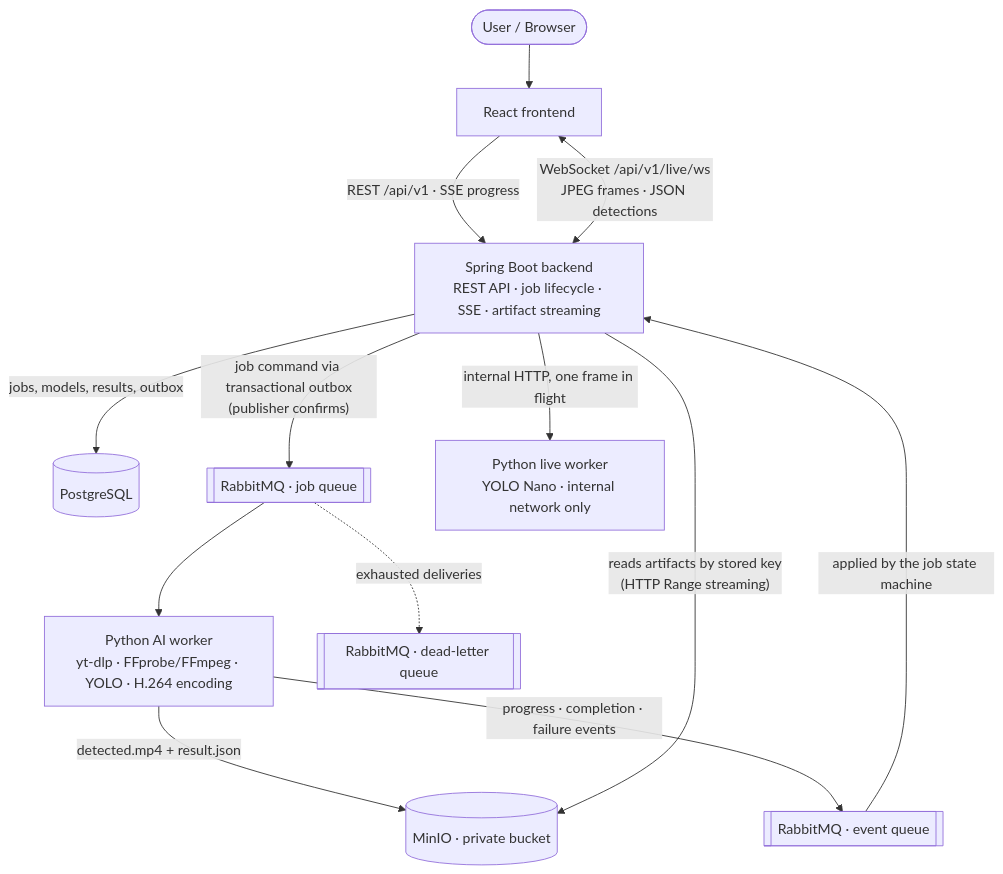
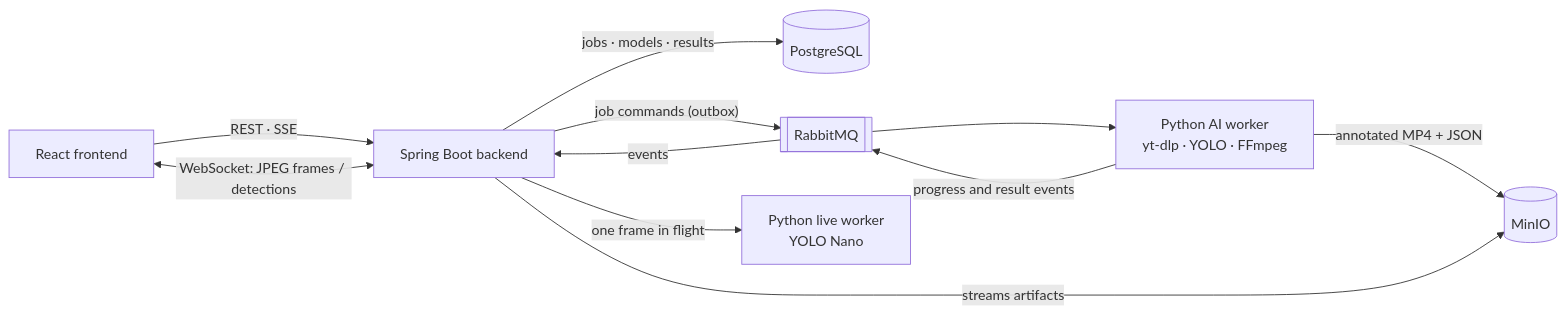
The diagram in README.md (huangdat/YOLO-Vision-Studio---AI-Video-Object-Detection-Platform), drawn with Mermaid before and after one commit. The commit also changed other lines of this file and 3 other files, not shown here.

````diff
--- a/README.md
+++ b/README.md
@@ -41,15 +28,13 @@
 ```mermaid
-flowchart TB
-    User([User / Browser]) --> UI[React frontend]
-    UI -->|"REST /api/v1 · SSE progress"| API[Spring Boot backend<br/>REST API · job lifecycle · SSE · artifact streaming]
-    API -->|"jobs, models, results, outbox"| DB[(PostgreSQL)]
-    API -->|"job command via transactional outbox<br/>(publisher confirms)"| JobQ[[RabbitMQ · job queue]]
-    JobQ --> Worker[Python AI worker<br/>yt-dlp · FFprobe/FFmpeg · YOLO · H.264 encoding]
-    JobQ -.->|"exhausted deliveries"| DLQ[[RabbitMQ · dead-letter queue]]
-    Worker -->|"detected.mp4 + result.json"| S3[(MinIO · private bucket)]
-    Worker -->|"progress · completion · failure events"| EventQ[[RabbitMQ · event queue]]
-    EventQ -->|"applied by the job state machine"| API
-    API -->|"reads artifacts by stored key<br/>(HTTP Range streaming)"| S3
-    UI <-->|"WebSocket /api/v1/live/ws<br/>JPEG frames · JSON detections"| API
-    API -->|"internal HTTP, one frame in flight"| Live[Python live worker<br/>YOLO Nano · internal network only]
+flowchart LR
+    UI[React frontend] -->|"REST · SSE"| API[Spring Boot backend]
+    UI <-->|"WebSocket: JPEG frames / detections"| API
+    API -->|"jobs · models · results"| DB[(PostgreSQL)]
+    API -->|"job commands (outbox)"| MQ[[RabbitMQ]]
+    MQ --> W[Python AI worker<br/>yt-dlp · YOLO · FFmpeg]
+    W -->|"progress and result events"| MQ
+    MQ -->|"events"| API
+    W -->|"annotated MP4 + JSON"| S3[(MinIO)]
+    API -->|"streams artifacts"| S3
+    API -->|"one frame in flight"| LW[Python live worker<br/>YOLO Nano]
 ```
````
